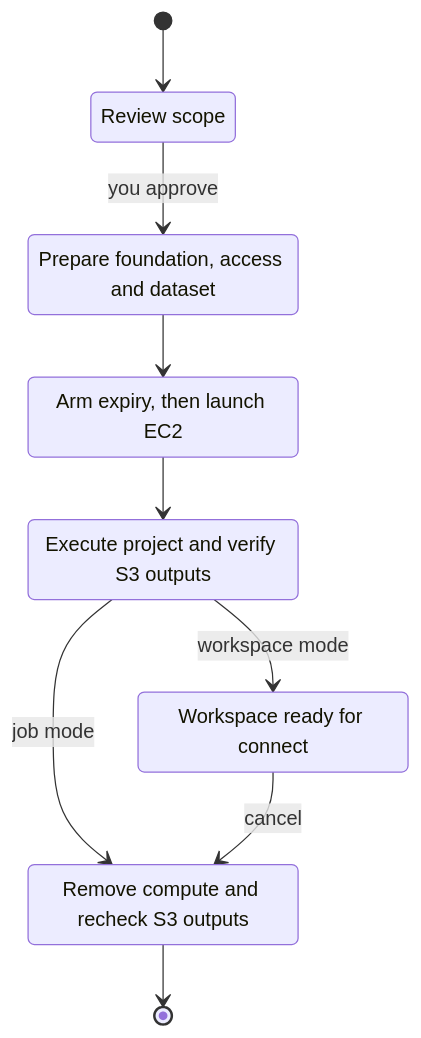
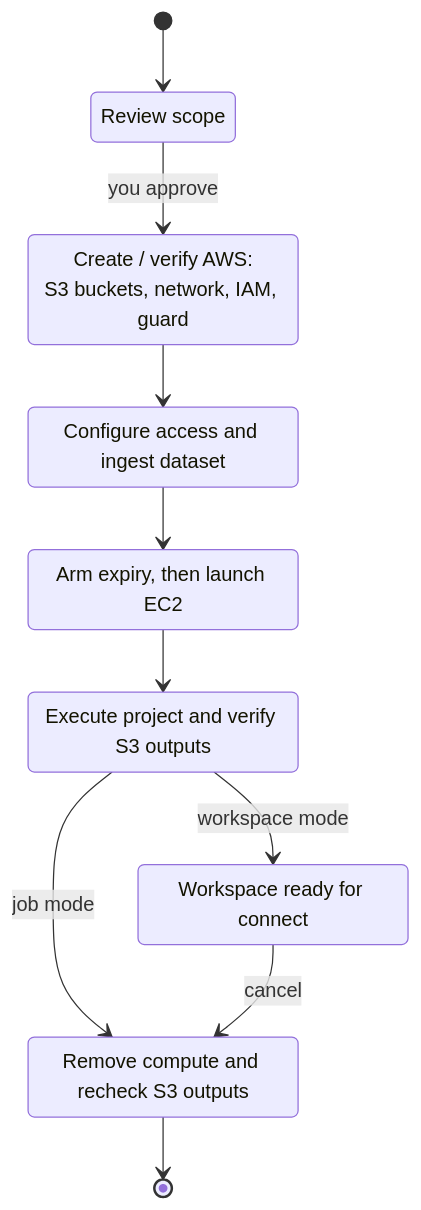
One commit to Bboissen/ml-deployer changed the second of 2 diagrams in README.md. Above: the diagram before and after it, drawn with Mermaid. The commit also changed other lines of this file, not shown here.

Commit message:
docs: show AWS foundation and bucket provisioning explicitly

````diff
--- a/README.md
+++ b/README.md
@@ -93,17 +102,19 @@
 ```mermaid
 stateDiagram-v2
     state "Review scope" as Review
-    state "Prepare foundation, access and dataset" as Prepare
+    state "Create / verify AWS:<br/>S3 buckets, network, IAM, guard" as Foundation
+    state "Configure access and ingest dataset" as Prepare
     state "Arm expiry, then launch EC2" as Launch
     state "Execute project and verify S3 outputs" as Run
     state "Workspace ready for connect" as Ready
     state "Remove compute and recheck S3 outputs" as Cleanup
     [*] --> Review
-    Review --> Prepare: you approve
+    Review --> Foundation: you approve
+    Foundation --> Prepare
     Prepare --> Launch
     Launch --> Run
     Run --> Cleanup: job mode
     Run --> Ready: workspace mode
     Ready --> Cleanup: cancel
     Cleanup --> [*]
 ```
````
